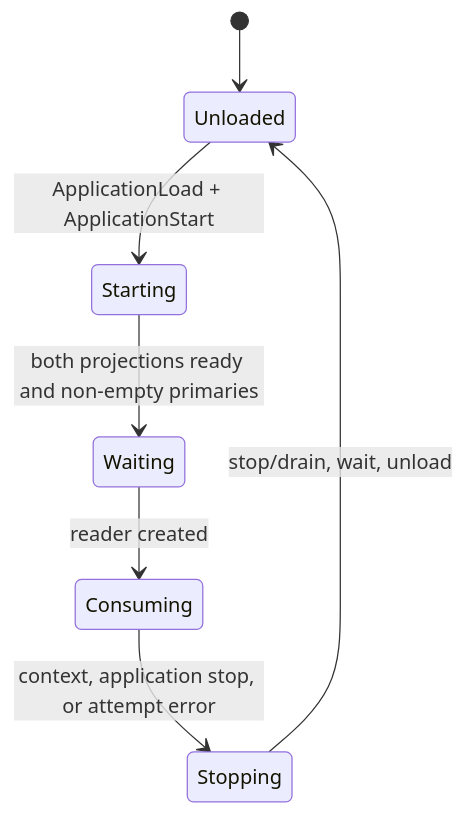
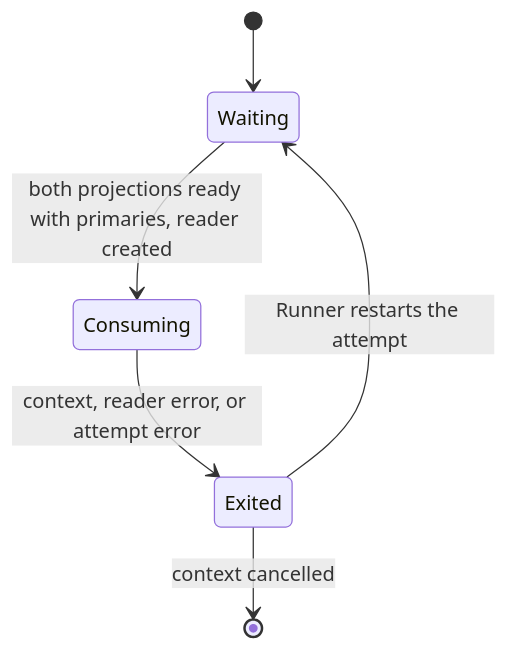
One commit to HarishHary/blink changed the second of 3 diagrams in docs/services/event_matcher.md. Above: the diagram before and after it, drawn with Mermaid. The commit also changed other lines of this file and 115 other files, not shown here.

````diff
--- a/docs/services/event_matcher.md
+++ b/docs/services/event_matcher.md
@@ -23,9 +50,8 @@
 ```mermaid
 stateDiagram-v2
-    [*] --> Unloaded
-    Unloaded --> Starting: ApplicationLoad + ApplicationStart
-    Starting --> Waiting: both projections ready and non-empty primaries
-    Waiting --> Consuming: reader created
-    Consuming --> Stopping: context, application stop, or attempt error
-    Stopping --> Unloaded: stop/drain, wait, unload
+    [*] --> Waiting
+    Waiting --> Consuming: both projections ready with primaries, reader created
+    Consuming --> Exited: context, reader error, or attempt error
+    Exited --> Waiting: Runner restarts the attempt
+    Exited --> [*]: context cancelled
 ```
````
